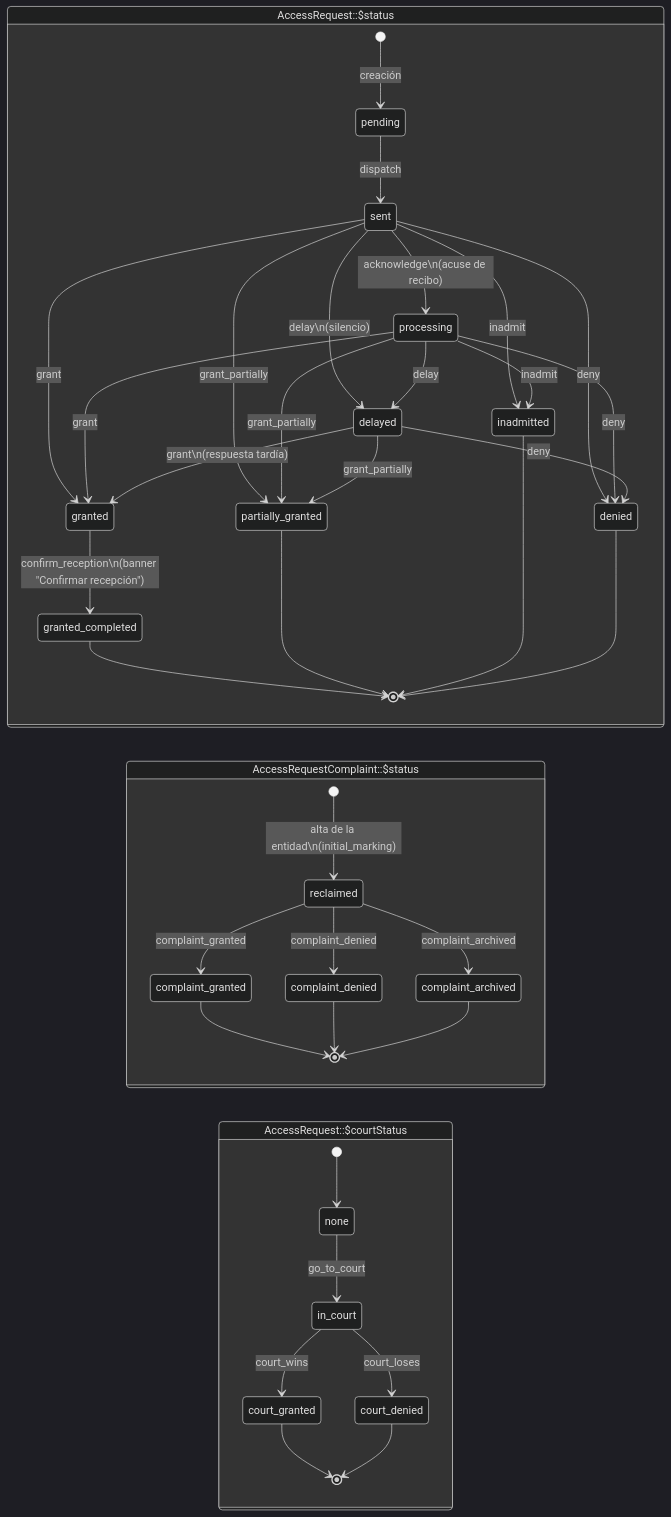
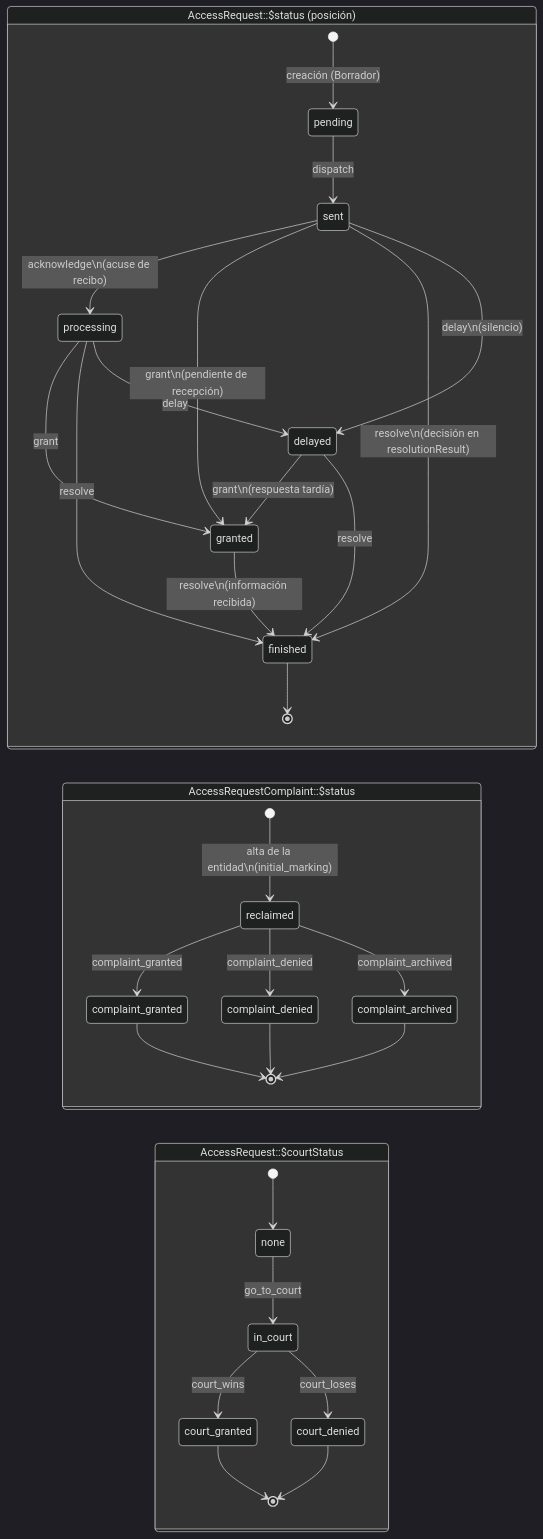
One commit to Naroh091/PideInfo changed the first of 2 diagrams in docs/request-workflow.md. Above: the diagram before and after it, drawn with Mermaid (dark theme). The commit also changed other lines of this file and 46 other files, not shown here.

Commit message:
feat: separate internal status and resolution status

````diff
--- a/docs/request-workflow.md
+++ b/docs/request-workflow.md
@@ -36,52 +64,44 @@
 ```mermaid
 stateDiagram-v2
     direction LR
 
-    state "AccessRequest::$status" as Solicitud {
-        [*] --> pending: creación
+    state "AccessRequest::$status (posición)" as Solicitud {
+        [*] --> pending: creación (Borrador)
         pending --> sent: dispatch
 
         sent --> processing: acknowledge\n(acuse de recibo)
-        sent --> granted: grant
-        sent --> partially_granted: grant_partially
-        sent --> denied: deny
-        sent --> inadmitted: inadmit
+        sent --> granted: grant\n(pendiente de recepción)
+        sent --> finished: resolve\n(decisión en resolutionResult)
         sent --> delayed: delay\n(silencio)
 
         processing --> granted: grant
-        processing --> partially_granted: grant_partially
-        processing --> denied: deny
-        processing --> inadmitted: inadmit
+        processing --> finished: resolve
         processing --> delayed: delay
 
         delayed --> granted: grant\n(respuesta tardía)
-        delayed --> partially_granted: grant_partially
-        delayed --> denied: deny
+        delayed --> finished: resolve
 
-        granted --> granted_completed: confirm_reception\n(banner "Confirmar recepción")
+        granted --> finished: resolve\n(información recibida)
 
-        granted_completed --> [*]
-        partially_granted --> [*]
-        inadmitted --> [*]
-        denied --> [*]
+        finished --> [*]
     }
 
     state "AccessRequestComplaint::$status" as Reclamacion {
         [*] --> reclaimed: alta de la entidad\n(initial_marking)
         reclaimed --> complaint_granted: complaint_granted
         reclaimed --> complaint_denied: complaint_denied
         reclaimed --> complaint_archived: complaint_archived
         complaint_granted --> [*]
         complaint_denied --> [*]
         complaint_archived --> [*]
     }
 
     state "AccessRequest::$courtStatus" as Judicial {
         [*] --> none
         none --> in_court: go_to_court
         in_court --> court_granted: court_wins
         in_court --> court_denied: court_loses
         court_granted --> [*]
         court_denied --> [*]
     }
 ```
````
